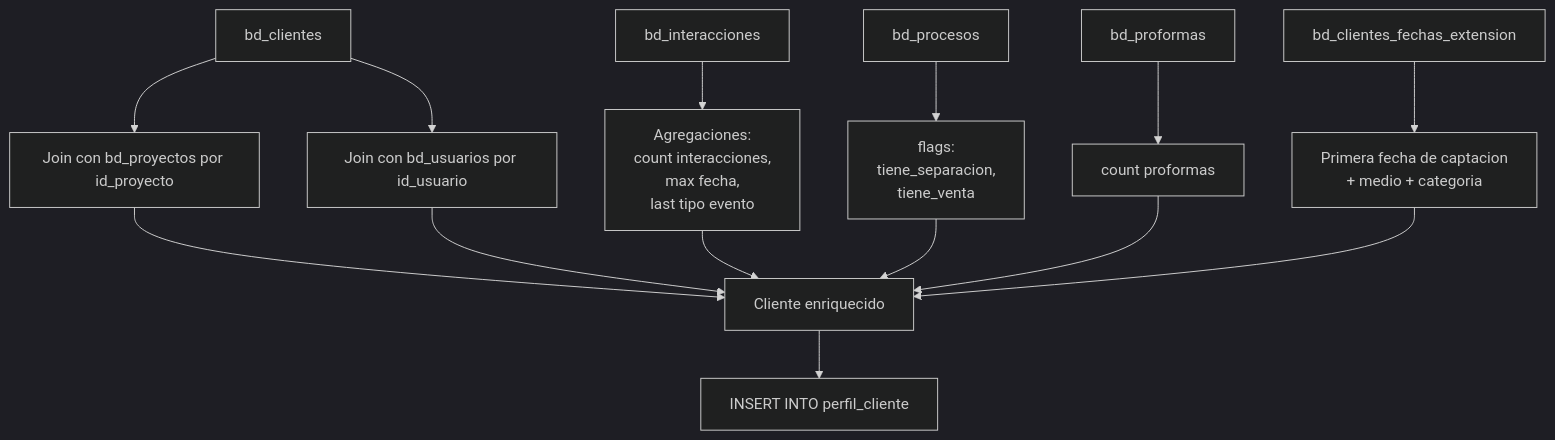
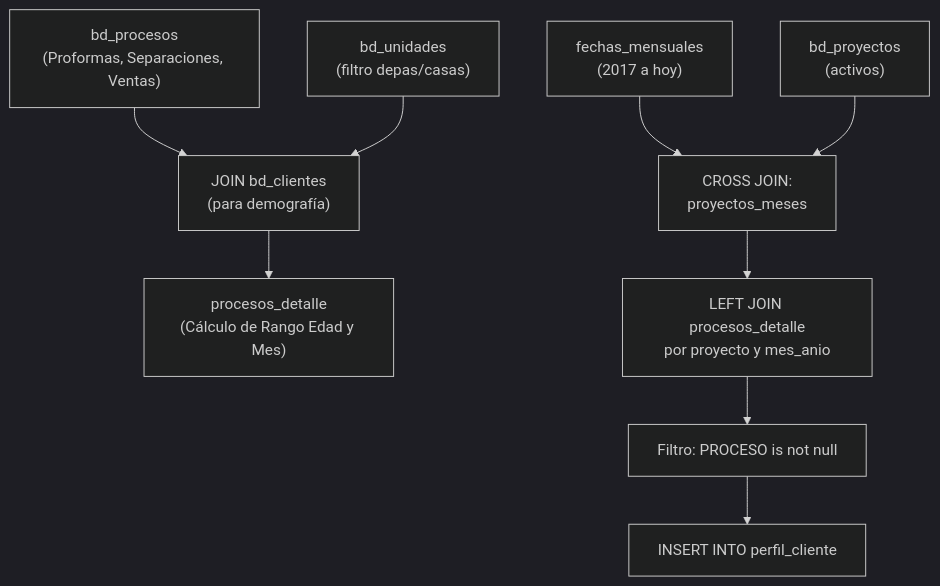
One commit to edwardvelo-performance/docs changed the diagram in business_logic/05_dashboard_calc/perfil_cliente.md. Above: the diagram before and after it, drawn with Mermaid (dark theme). The commit also changed other lines of this file and 15 other files, not shown here.

````diff
--- a/business_logic/05_dashboard_calc/perfil_cliente.md
+++ b/business_logic/05_dashboard_calc/perfil_cliente.md
@@ -35,22 +33,14 @@
 ```mermaid
 flowchart TD
-    A["bd_clientes"] --> J["Join con bd_proyectos por id_proyecto"]
-    A --> K["Join con bd_usuarios por id_usuario"]
+    A["fechas_mensuales<br/>(2017 a hoy)"] --> C["CROSS JOIN:<br/>proyectos_meses"]
+    B["bd_proyectos<br/>(activos)"] --> C
 
-    B["bd_interacciones"] --> AGG1["Agregaciones:<br/>count interacciones,<br/>max fecha,<br/>last tipo evento"]
+    D["bd_procesos<br/>(Proformas, Separaciones, Ventas)"] --> F["JOIN bd_clientes<br/>(para demografía)"]
+    E["bd_unidades<br/>(filtro depas/casas)"] --> F
+    
+    F --> G["procesos_detalle<br/>(Cálculo de Rango Edad y Mes)"]
 
-    C["bd_procesos"] --> AGG2["flags:<br/>tiene_separacion,<br/>tiene_venta"]
-
-    D["bd_proformas"] --> AGG3["count proformas"]
-
-    E["bd_clientes_fechas_extension"] --> CAP["Primera fecha de captacion<br/>+ medio + categoria"]
-
-    J --> F["Cliente enriquecido"]
-    K --> F
-    AGG1 --> F
-    AGG2 --> F
-    AGG3 --> F
-    CAP --> F
-
-    F --> R["INSERT INTO perfil_cliente"]
+    C --> H["LEFT JOIN procesos_detalle<br/>por proyecto y mes_anio"]
+    H --> I["Filtro: PROCESO is not null"]
+    I --> J["INSERT INTO perfil_cliente"]
 ```
````
